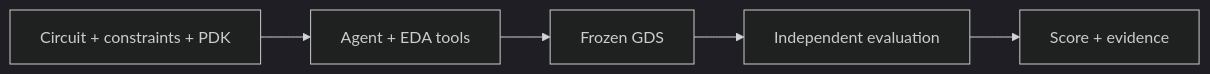
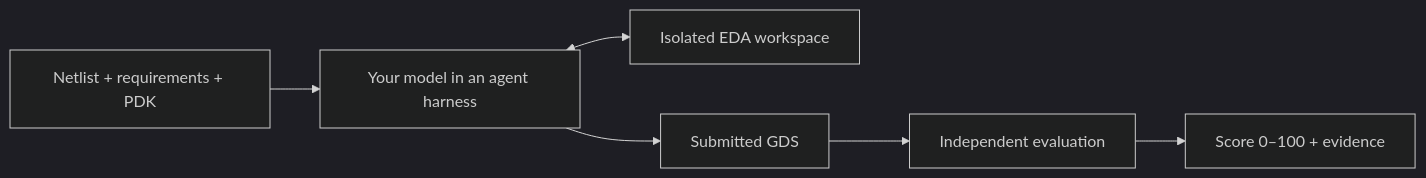
Before and after one commit to lizhangmai/ICLayout-Bench: the diagram in README.md, drawn with Mermaid (dark theme). The commit also changed other lines of this file and 5 other files, not shown here.

````diff
--- a/README.md
+++ b/README.md
@@ -102,7 +30,8 @@
 ```mermaid
 flowchart LR
-    Task["Circuit + constraints + PDK"] --> Agent["Agent + EDA tools"]
-    Agent --> GDS["Frozen GDS"]
+    Task["Netlist + requirements + PDK"] --> Agent["Your model in an agent harness"]
+    Agent <--> EDA["Isolated EDA workspace"]
+    Agent --> GDS["Submitted GDS"]
     GDS --> Judge["Independent evaluation"]
-    Judge --> Result["Score + evidence"]
+    Judge --> Result["Score 0–100 + evidence"]
 ```
````
